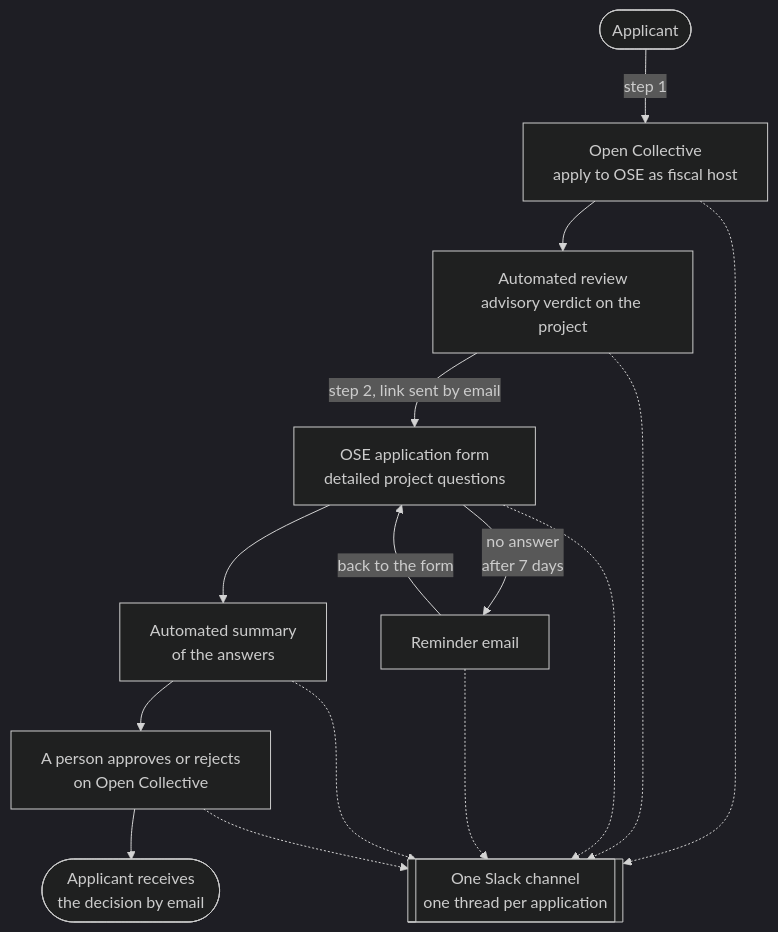
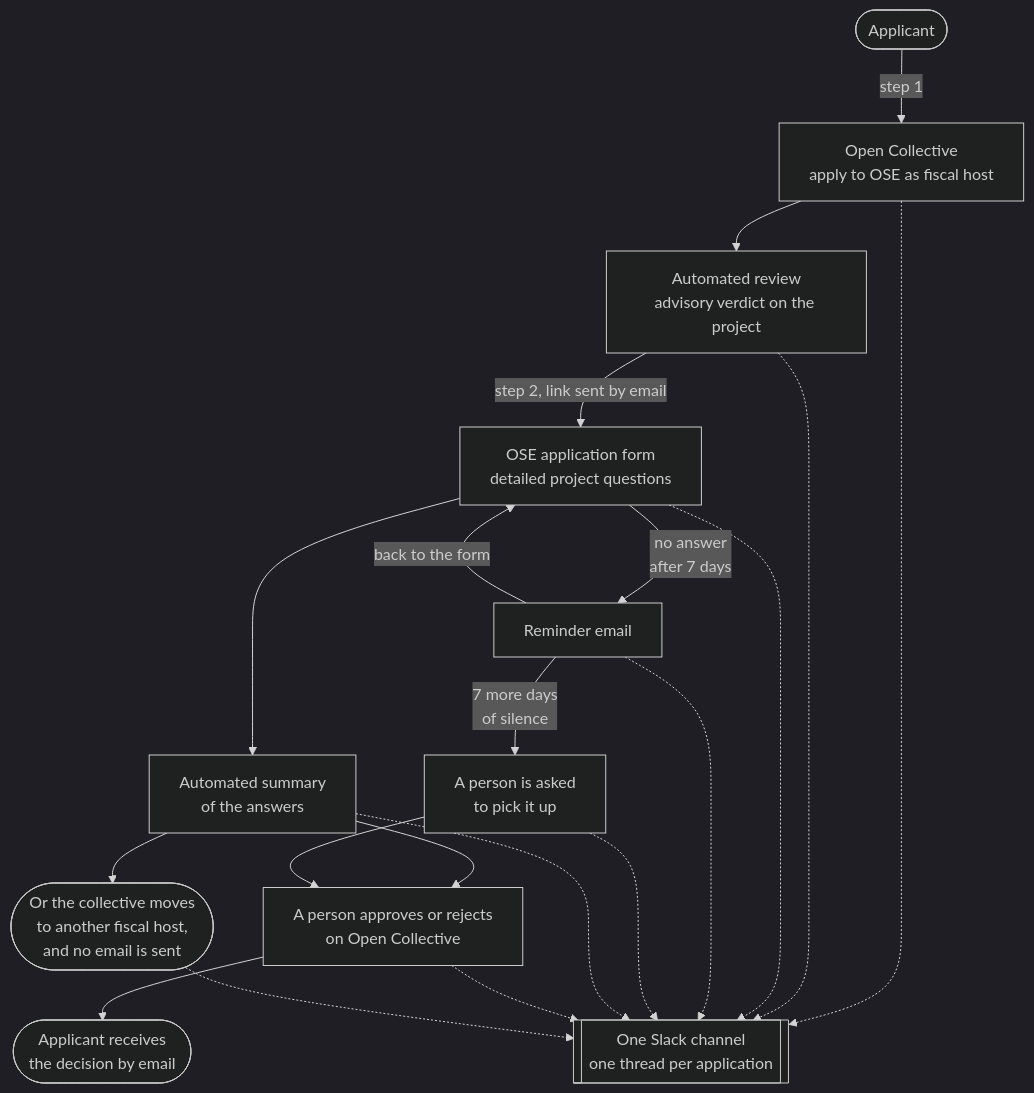
The diagram in README.md (opensourceeurope/community), drawn with Mermaid (dark theme) before and after one commit. The commit also changed other lines of this file, not shown here.

Commit message:
docs: the flow shows the escalation, a move to another host, and the no-response email

````diff
--- a/README.md
+++ b/README.md
@@ -16,21 +16,26 @@
 ```mermaid
 flowchart TD
     A(["Applicant"]) -->|"step 1"| OC["Open Collective<br>apply to OSE as fiscal host"]
     OC --> AI["Automated review<br>advisory verdict on the project"]
     AI -->|"step 2, link sent by email"| FORM["OSE application form<br>detailed project questions"]
     FORM --> SUM["Automated summary<br>of the answers"]
     SUM --> DEC["A person approves or rejects<br>on Open Collective"]
     DEC --> MAIL(["Applicant receives<br>the decision by email"])
+    SUM --> MOVE(["Or the collective moves<br>to another fiscal host,<br>and no email is sent"])
 
     FORM -->|"no answer<br>after 7 days"| REM["Reminder email"]
     REM -->|"back to the form"| FORM
+    REM -->|"7 more days<br>of silence"| ESC["A person is asked<br>to pick it up"]
+    ESC --> DEC
 
     OC -.-> SL
     AI -.-> SL
     FORM -.-> SL
     REM -.-> SL
+    ESC -.-> SL
     SUM -.-> SL
     DEC -.-> SL
+    MOVE -.-> SL
 
     SL[["One Slack channel<br>one thread per application"]]
 ```
````
